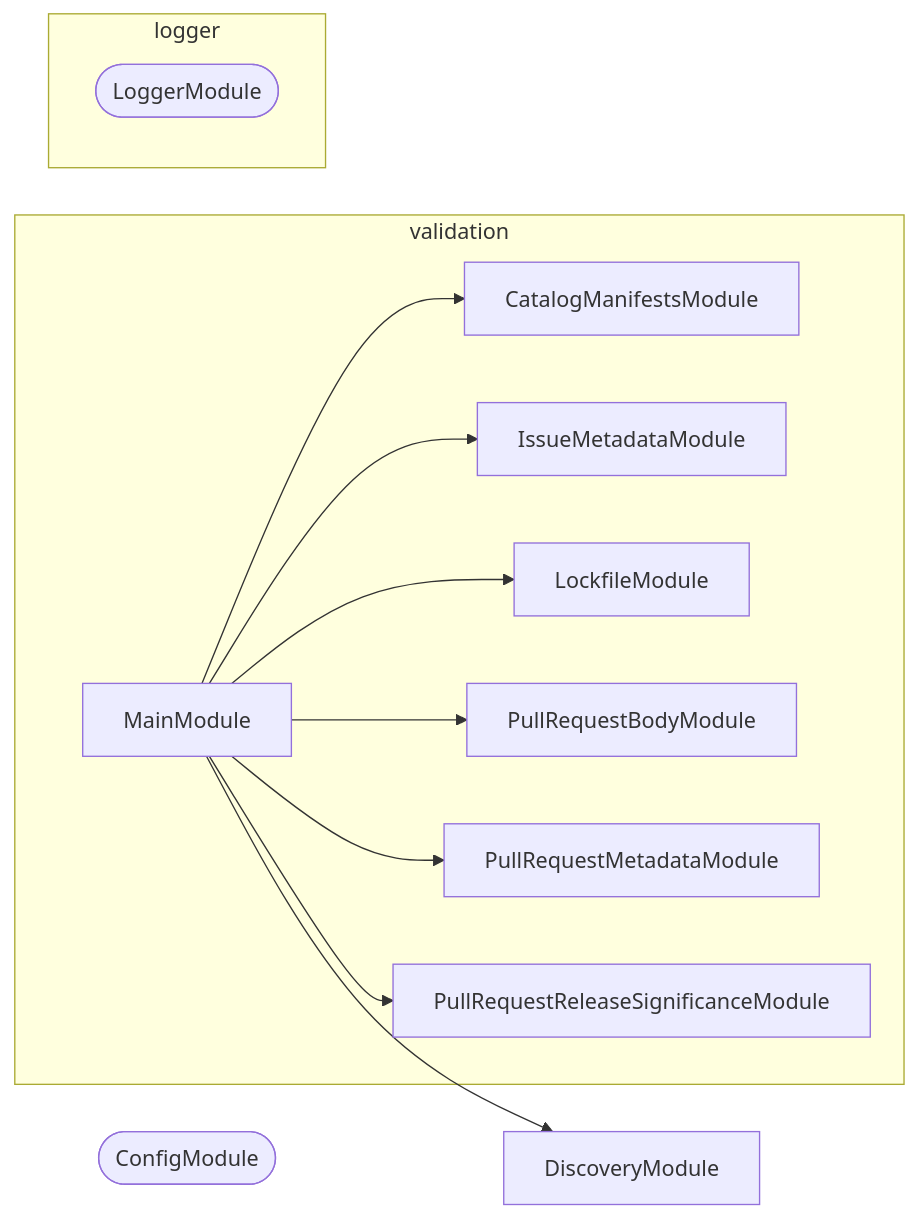
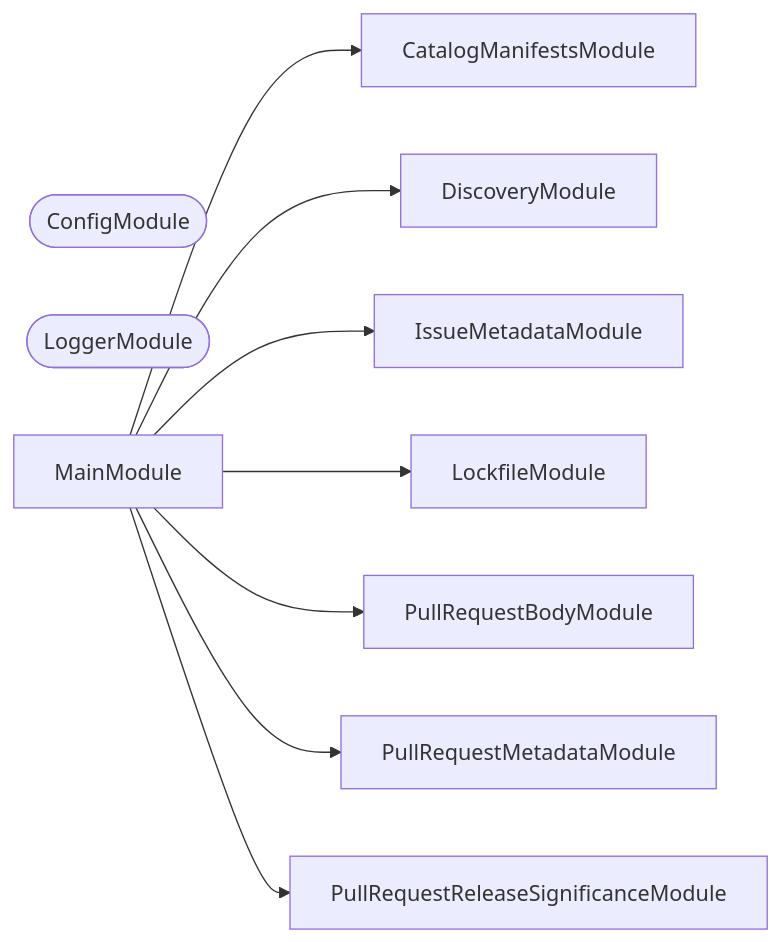
The second of 3 diagrams in tools/validation/README.md (JimmyPaolini/codebase), drawn with Mermaid before and after one commit. The commit also changed other lines of this file and 241 other files, not shown here.

First line of the commit message:
feat(codependix,synchronization,deployments,documentation,codebase): ✨ add the codependix dependency-graph export suite (#335)

````diff
--- a/tools/validation/README.md
+++ b/tools/validation/README.md
@@ -110,24 +350,20 @@
 ```mermaid
 flowchart LR
-  subgraph group0["validation"]
-    CatalogManifestsModule
-    IssueMetadataModule
-    LockfileModule
-    MainModule
-    PullRequestBodyModule
-    PullRequestMetadataModule
-    PullRequestReleaseSignificanceModule
-  end
-  subgraph group1["logger"]
-    LoggerModule([LoggerModule])
-  end
+  CatalogManifestsModule
   ConfigModule([ConfigModule])
   DiscoveryModule
+  IssueMetadataModule
+  LockfileModule
+  LoggerModule([LoggerModule])
+  MainModule
+  PullRequestBodyModule
+  PullRequestMetadataModule
+  PullRequestReleaseSignificanceModule
   MainModule --> CatalogManifestsModule
   MainModule --> DiscoveryModule
   MainModule --> IssueMetadataModule
   MainModule --> LockfileModule
   MainModule --> PullRequestBodyModule
   MainModule --> PullRequestMetadataModule
   MainModule --> PullRequestReleaseSignificanceModule
 ```
````
